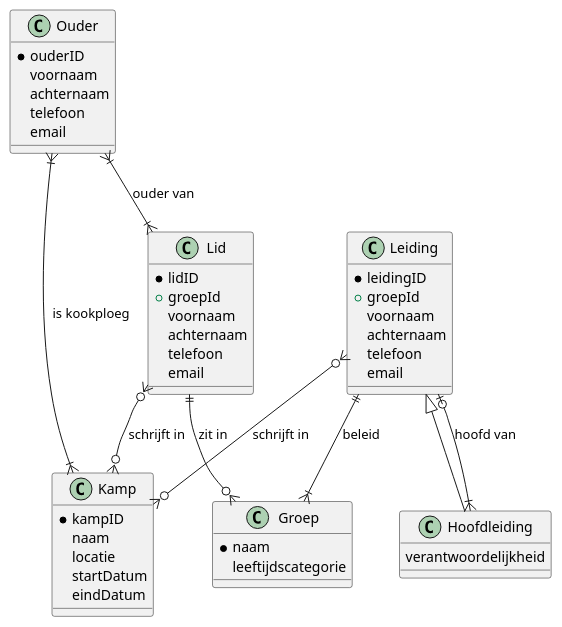
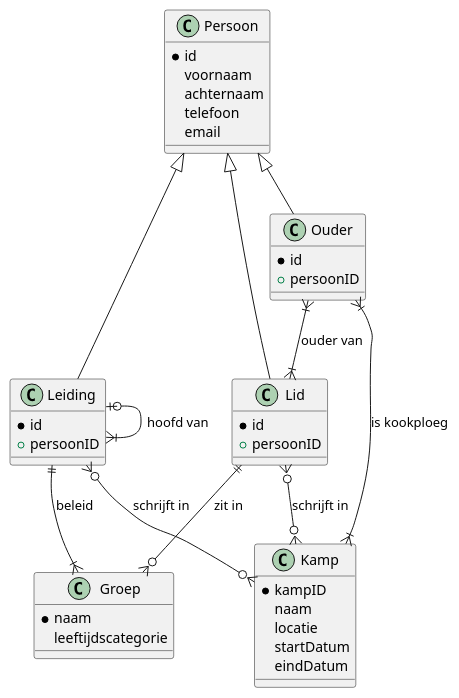
The diagram in erd.md (matteovdr/frontendweb-2526-mateo-kobe), drawn with PlantUML before and after one commit. The commit also changed 1 other file, not shown here.

Commit message:
erd verwerkt na feedback lector

````diff
--- a/erd.md
+++ b/erd.md
@@ -9,65 +9,59 @@
 ```plantuml
 plantuml
 @startuml
-class Ouder {
-    *ouderID
+class Persoon {
+    *id
     voornaam
     achternaam
     telefoon
     email
 }
+class Ouder {
+    *id
+    +persoonID
+}
 
 class Lid {
-    *lidID
-    +groepId
-    voornaam
-    achternaam
-    telefoon
-    email
+    *id
+    +persoonID
 }
 
 class Leiding {
-    *leidingID
-    +groepId
-    voornaam
-    achternaam
-    telefoon
-    email
-}
-
-class Hoofdleiding {
-    verantwoordelijkheid
+    *id
+    +persoonID
 }
 
 class Groep {
     *naam
     leeftijdscategorie
 }
 
 class Kamp {
     *kampID
     naam
     locatie
     startDatum
     eindDatum
 }
 
 ' Zero or One      |o--
 ' Exactly One     ||--
 ' Zero or Many      }o--
 ' One or Many       }|--
 ' Relaties (class-diagram syntax)
 
 Ouder }|--|{ Lid : ouder van
 Ouder }|--|{ Kamp : is kookploeg
 Lid }o--o{ Kamp : schrijft in
 Lid ||--o{ Groep : zit in
 Leiding }o--o{ Kamp : schrijft in
 Leiding ||--|{ Groep : beleid
-Hoofdleiding }|--o| Leiding : hoofd van
+Leiding |o--|{ Leiding : hoofd van
 
 ' Overerving
-Leiding <|-- Hoofdleiding
+Persoon <|-- Lid
+Persoon <|-- Ouder
+Persoon <|-- Leiding
 
 @enduml
 ```
````
